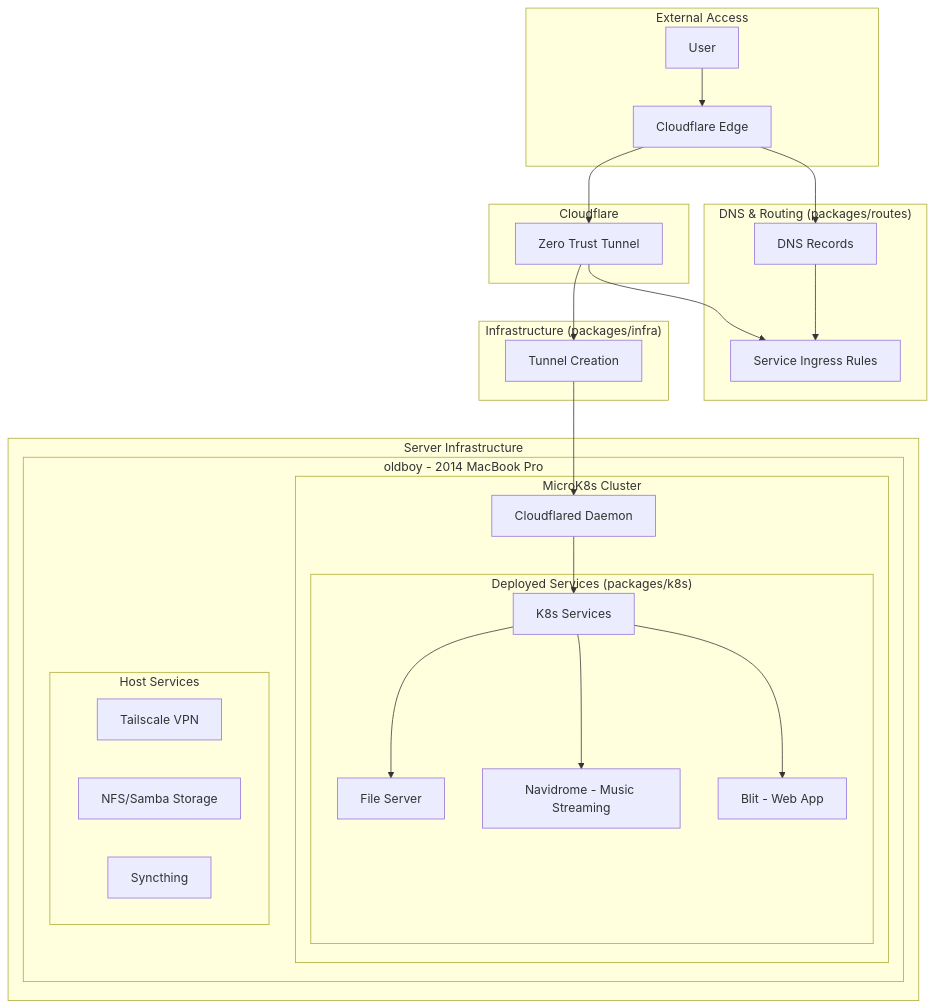
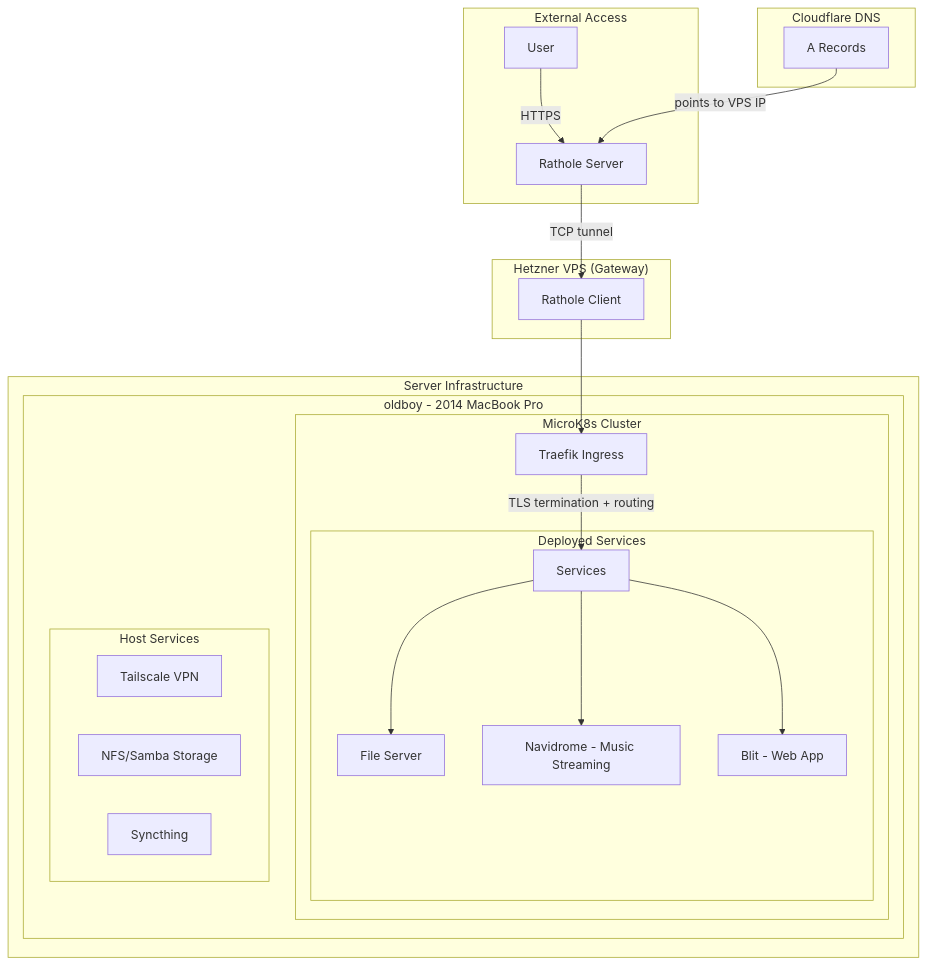
The diagram in README.md (radiosilence/jaritanet), drawn with Mermaid before and after one commit. The commit also changed other lines of this file and 59 other files, not shown here.

First line of the commit message:
feat: replace Cloudflare Tunnels with Rathole + Hetzner VPS gateway (#37)

````diff
--- a/README.md
+++ b/README.md
@@ -11,42 +11,35 @@
 ```mermaid
 graph TB
     subgraph "External Access"
-        User[User] --> CF[Cloudflare Edge]
+        User[User] -->|HTTPS| VPS
     end
 
-    subgraph "Cloudflare"
-        CF --> Tunnel[Zero Trust Tunnel]
-    end
-
-    subgraph "Infrastructure (packages/infra)"
-        Tunnel --> TunnelConfig[Tunnel Creation]
-    end
-
-    subgraph "DNS & Routing (packages/routes)"
-        CF --> DNS[DNS Records]
-        Tunnel --> Ingress[Service Ingress Rules]
-        DNS --> Ingress
+    subgraph "Hetzner VPS (Gateway)"
+        VPS[Rathole Server] -->|TCP tunnel| RatholeClient
     end
 
     subgraph "Server Infrastructure"
         subgraph "oldboy - 2014 MacBook Pro"
-            TunnelConfig --> Cloudflared[Cloudflared Daemon]
+            subgraph "MicroK8s Cluster"
+                RatholeClient[Rathole Client] --> Traefik[Traefik Ingress]
+                Traefik -->|TLS termination + routing| Services
 
-            subgraph "MicroK8s Cluster"
-                Cloudflared --> Services[K8s Services]
-
-                subgraph "Deployed Services (packages/k8s)"
+                subgraph "Deployed Services"
                     Services --> FileServer[File Server]
                     Services --> Navidrome[Navidrome - Music Streaming]
                     Services --> Blit[Blit - Web App]
                 end
             end
 
             subgraph "Host Services"
                 Tailscale[Tailscale VPN]
                 Storage[NFS/Samba Storage]
                 Sync[Syncthing]
             end
         end
     end
+
+    subgraph "Cloudflare DNS"
+        DNS[A Records] -->|points to VPS IP| VPS
+    end
 ```
````
